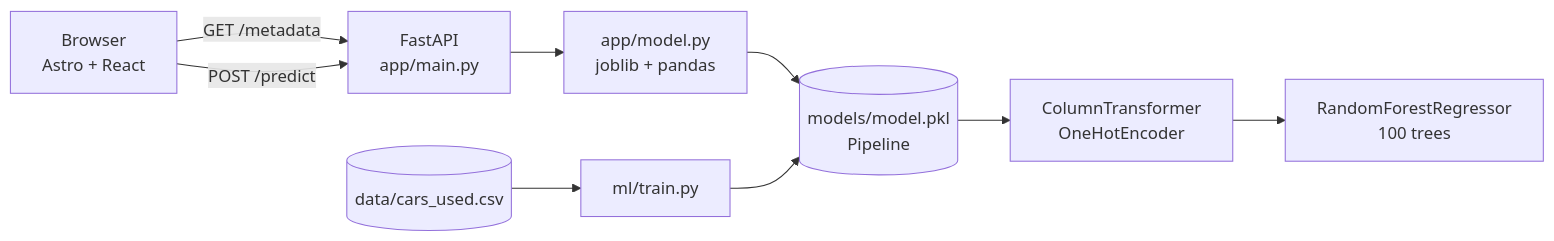
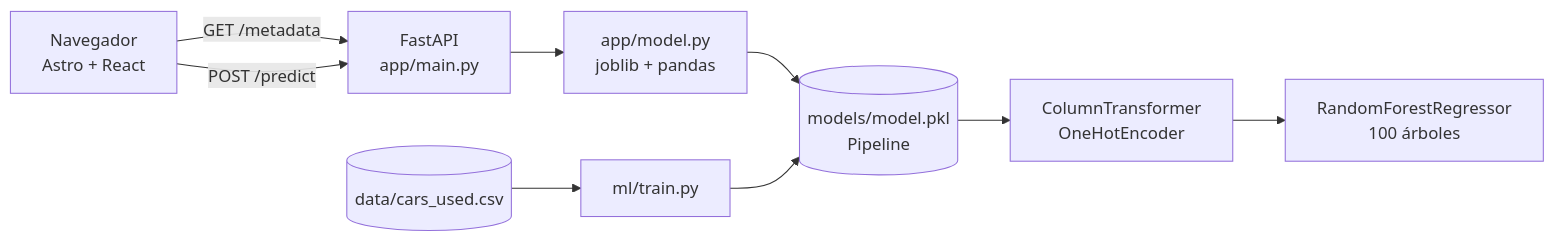
One commit to gonzalochavez0/car-price-predictor-ml-app changed the diagram in README.md. Above: the diagram before and after it, drawn with Mermaid. The commit also changed other lines of this file, not shown here.

````diff
--- a/README.md
+++ b/README.md
@@ -65,11 +67,11 @@
 ```mermaid
 flowchart LR
-    A["Browser<br/>Astro + React"] -->|"GET /metadata"| B["FastAPI<br/>app/main.py"]
+    A["Navegador<br/>Astro + React"] -->|"GET /metadata"| B["FastAPI<br/>app/main.py"]
     A -->|"POST /predict"| B
     B --> C["app/model.py<br/>joblib + pandas"]
     C --> D[("models/model.pkl<br/>Pipeline")]
     D --> E["ColumnTransformer<br/>OneHotEncoder"]
-    E --> F["RandomForestRegressor<br/>100 trees"]
+    E --> F["RandomForestRegressor<br/>100 árboles"]
     G[("data/cars_used.csv")] --> H["ml/train.py"]
     H --> D
 ```
````
